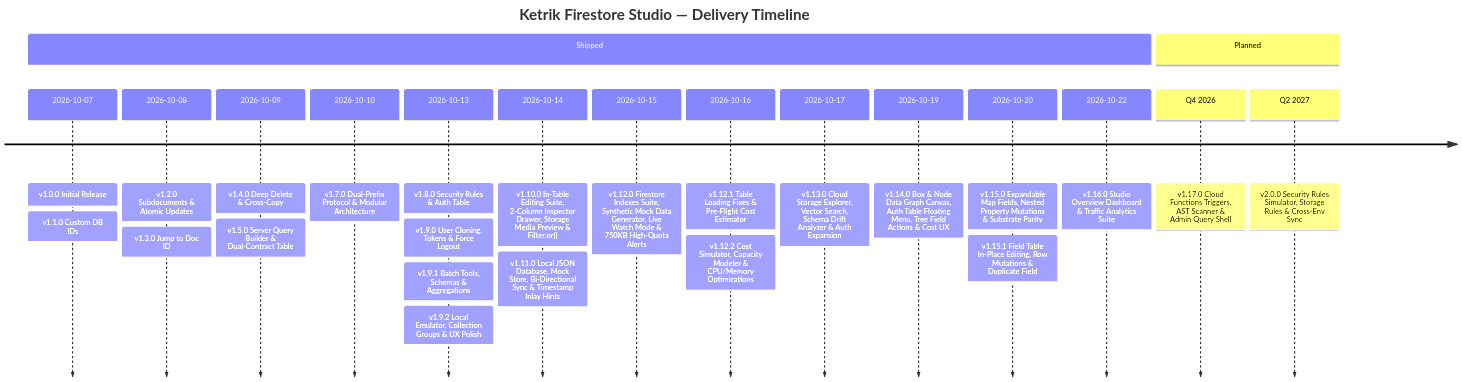
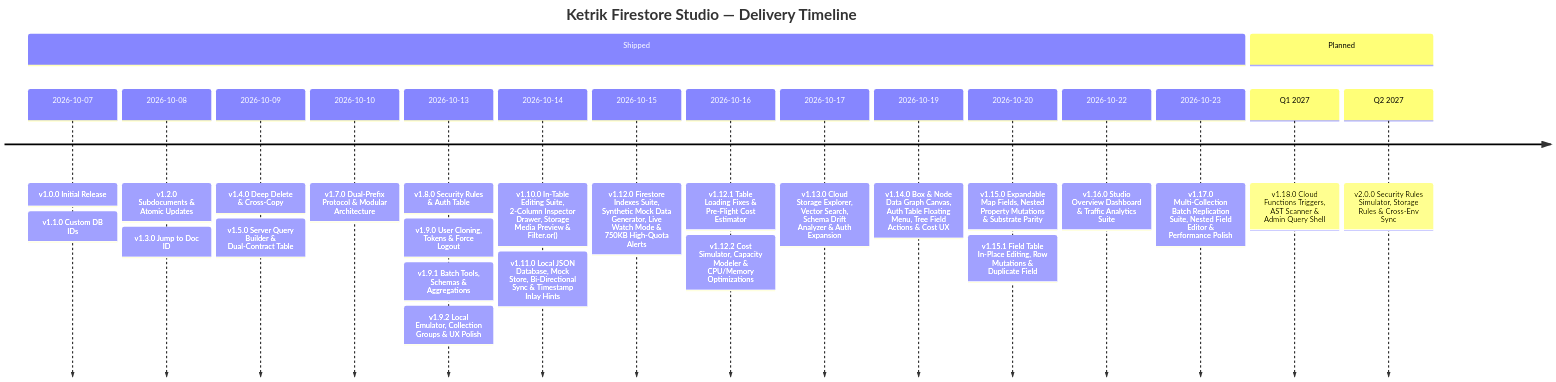
One commit to ketrik/ketrik-firestore-studio changed the diagram in ROADMAP.md. Above: the diagram before and after it, drawn with Mermaid. The commit also changed other lines of this file and 14 other files, not shown here.

````diff
--- a/ROADMAP.md
+++ b/ROADMAP.md
@@ -5,20 +5,21 @@
 ```mermaid
 timeline
     title Ketrik Firestore Studio — Delivery Timeline
     section Shipped
         2026-10-07 : v1.0.0 Initial Release : v1.1.0 Custom DB IDs
         2026-10-08 : v1.2.0 Subdocuments & Atomic Updates : v1.3.0 Jump to Doc ID
         2026-10-09 : v1.4.0 Deep Delete & Cross-Copy : v1.5.0 Server Query Builder & Dual-Contract Table
         2026-10-10 : v1.7.0 Dual-Prefix Protocol & Modular Architecture
         2026-10-13 : v1.8.0 Security Rules & Auth Table : v1.9.0 User Cloning, Tokens & Force Logout : v1.9.1 Batch Tools, Schemas & Aggregations : v1.9.2 Local Emulator, Collection Groups & UX Polish
         2026-10-14 : v1.10.0 In-Table Editing Suite, 2-Column Inspector Drawer, Storage Media Preview & Filter.or() : v1.11.0 Local JSON Database, Mock Store, Bi-Directional Sync & Timestamp Inlay Hints
         2026-10-15 : v1.12.0 Firestore Indexes Suite, Synthetic Mock Data Generator, Live Watch Mode & 750KB High-Quota Alerts
         2026-10-16 : v1.12.1 Table Loading Fixes & Pre-Flight Cost Estimator : v1.12.2 Cost Simulator, Capacity Modeler & CPU/Memory Optimizations
         2026-10-17 : v1.13.0 Cloud Storage Explorer, Vector Search, Schema Drift Analyzer & Auth Expansion
         2026-10-19 : v1.14.0 Box & Node Data Graph Canvas, Auth Table Floating Menu, Tree Field Actions & Cost UX
         2026-10-20 : v1.15.0 Expandable Map Fields, Nested Property Mutations & Substrate Parity : v1.15.1 Field Table In-Place Editing, Row Mutations & Duplicate Field
         2026-10-22 : v1.16.0 Studio Overview Dashboard & Traffic Analytics Suite
+        2026-10-23 : v1.17.0 Multi-Collection Batch Replication Suite, Nested Field Editor & Performance Polish
     section Planned
-        Q4 2026 : v1.17.0 Cloud Functions Triggers, AST Scanner & Admin Query Shell
+        Q1 2027 : v1.18.0 Cloud Functions Triggers, AST Scanner & Admin Query Shell
         Q2 2027 : v2.0.0 Security Rules Simulator, Storage Rules & Cross-Env Sync
 ```
````
